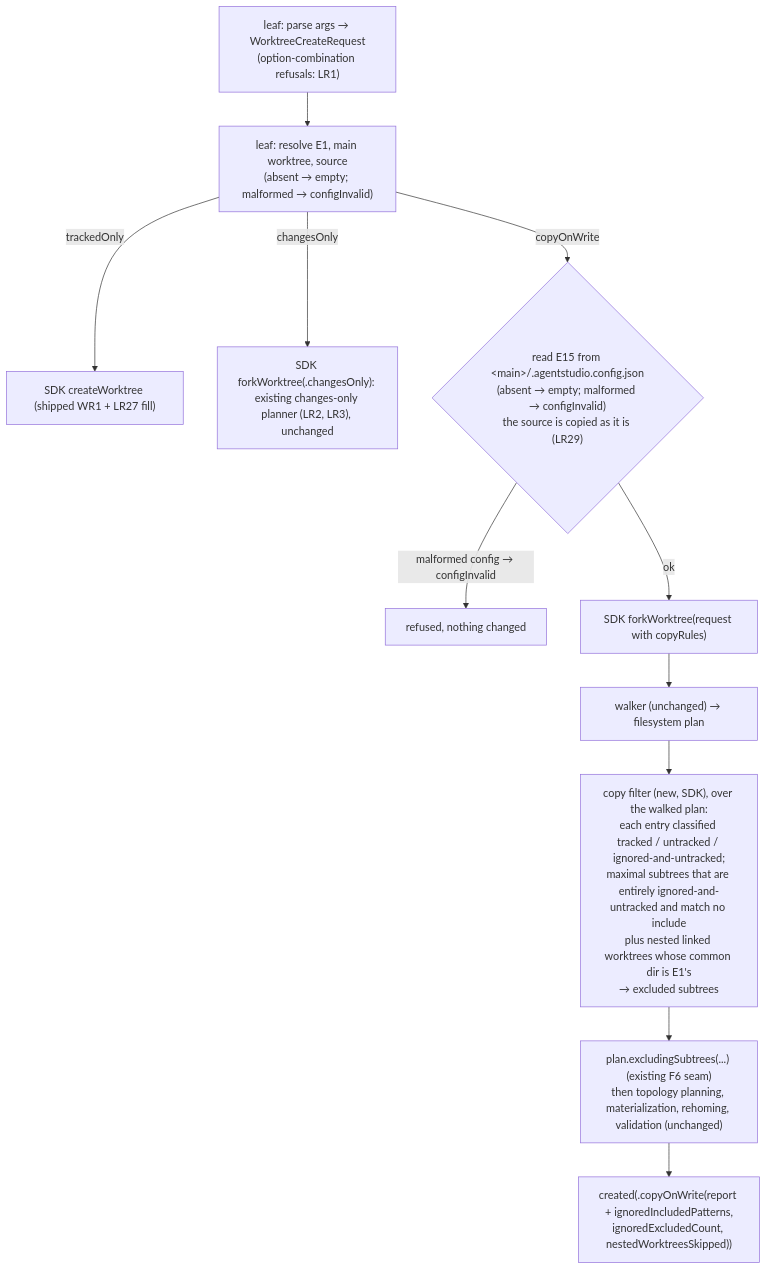
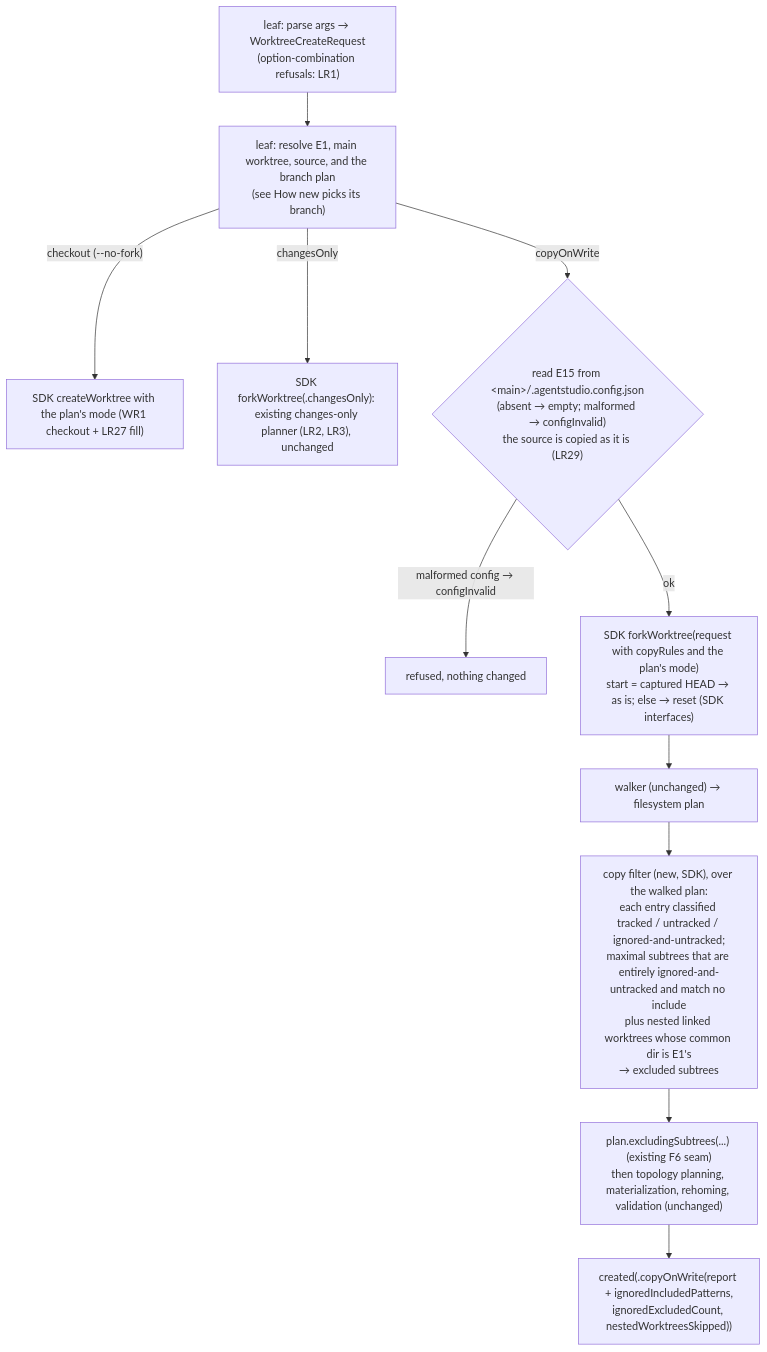
One commit to getagentstudio/agentstudio changed the tenth of 10 diagrams in docs/specs/2026-09-30-worktree-lifecycle/2026-09-30-worktree-lifecycle-program-design.md. Above: the diagram before and after it, drawn with Mermaid. The commit also changed other lines of this file and 2 other files, not shown here.

First line of the commit message:
Specify the creation follow-up: copy the source, then set the branch

````diff
--- a/docs/specs/2026-09-30-worktree-lifecycle/2026-09-30-worktree-lifecycle-program-design.md
+++ b/docs/specs/2026-09-30-worktree-lifecycle/2026-09-30-worktree-lifecycle-program-design.md
@@ -644,13 +744,13 @@
 ```mermaid
 flowchart TB
-  P["leaf: parse args → WorktreeCreateRequest<br/>(option-combination refusals: LR1)"] --> C["leaf: resolve E1, main worktree, source<br/>(absent → empty; malformed → configInvalid)"]
-  C -->|trackedOnly| T["SDK createWorktree (shipped WR1 + LR27 fill)"]
+  P["leaf: parse args → WorktreeCreateRequest<br/>(option-combination refusals: LR1)"] --> C["leaf: resolve E1, main worktree, source, and the branch plan<br/>(see How new picks its branch)"]
+  C -->|"checkout (--no-fork)"| T["SDK createWorktree with the plan's mode (WR1 checkout + LR27 fill)"]
   C -->|changesOnly| CO["SDK forkWorktree(.changesOnly): existing changes-only planner (LR2, LR3), unchanged"]
   C -->|copyOnWrite| B{"read E15 from &lt;main&gt;/.agentstudio.config.json<br/>(absent → empty; malformed → configInvalid)<br/>the source is copied as it is (LR29)"}
   B -->|"malformed config → configInvalid"| R["refused, nothing changed"]
-  B -->|ok| F["SDK forkWorktree(request with copyRules)"]
+  B -->|ok| F["SDK forkWorktree(request with copyRules and the plan's mode)<br/>start = captured HEAD → as is; else → reset (SDK interfaces)"]
   F --> W["walker (unchanged) → filesystem plan"]
   W --> X["copy filter (new, SDK), over the walked plan:<br/>each entry classified tracked / untracked / ignored-and-untracked;<br/>maximal subtrees that are entirely ignored-and-untracked and match no include<br/>plus nested linked worktrees whose common dir is E1's<br/>→ excluded subtrees"]
   X --> E["plan.excludingSubtrees(...) (existing F6 seam)<br/>then topology planning, materialization, rehoming, validation (unchanged)"]
   E --> O["created(.copyOnWrite(report + ignoredIncludedPatterns,<br/>ignoredExcludedCount, nestedWorktreesSkipped))"]
 ```
````
